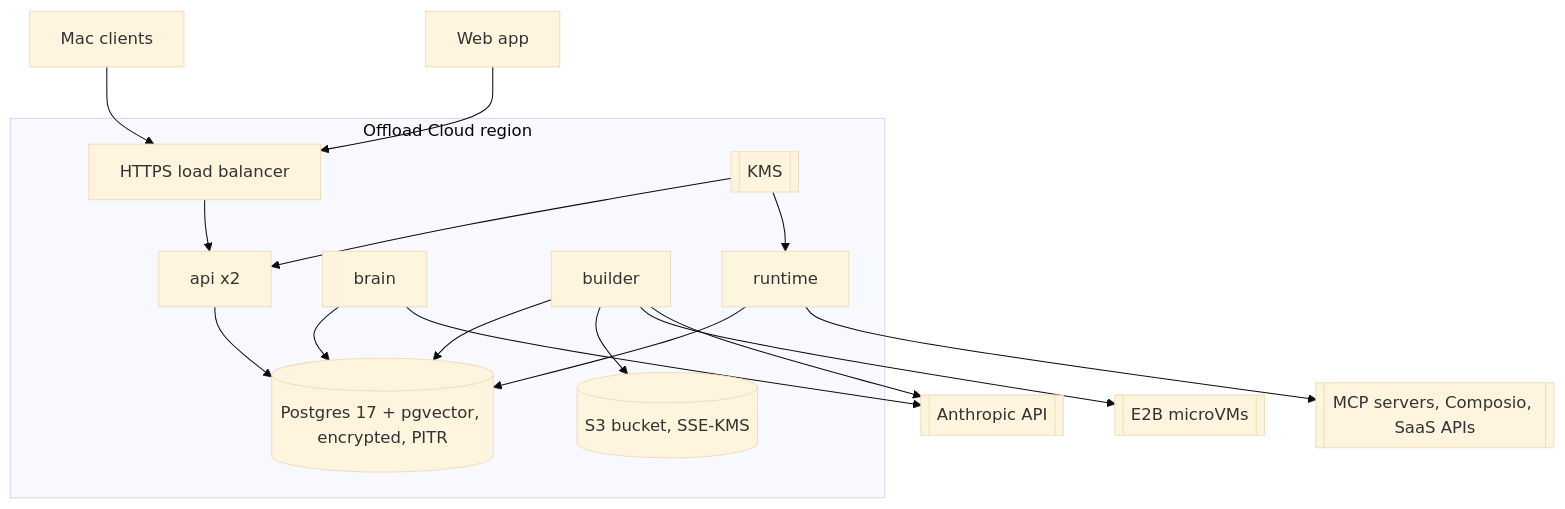
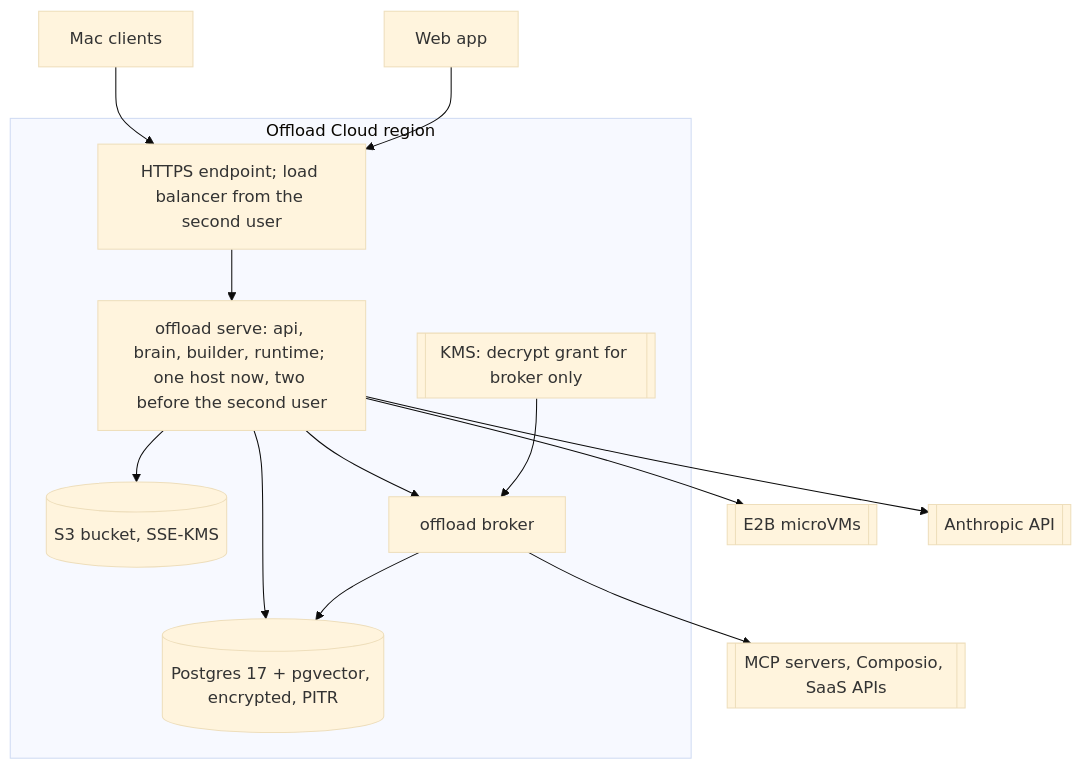
Diagram 18 of 21 in docs/ARCHITECTURE.md (tabani-png/offload-v2), drawn with Mermaid (base theme) before and after one commit. The commit also changed other lines of this file and 11 other files, not shown here.

Commit message:
docs: architecture, data model, API, roadmap, open questions OQ-23 to OQ-26, glossary, README, agent rules (Claude Code standing rule)

````diff
--- a/docs/ARCHITECTURE.md
+++ b/docs/ARCHITECTURE.md
@@ -533,19 +781,16 @@
 ```mermaid
 flowchart TB
   subgraph cloud[Offload Cloud region]
-    LB[HTTPS load balancer] --> API1[api x2]
-    API1 --> PGM[(Postgres 17 + pgvector, encrypted, PITR)]
-    BR1[brain] --> PGM
-    BU1[builder] --> PGM
-    RT1[runtime] --> PGM
-    BU1 --> S3[(S3 bucket, SSE-KMS)]
-    KMS[[KMS]] --> API1
-    KMS --> RT1
+    LB[HTTPS endpoint; load balancer from the second user] --> SRV[offload serve: api, brain, builder, runtime; one host now, two before the second user]
+    SRV --> PGM[(Postgres 17 + pgvector, encrypted, PITR)]
+    SRV --> S3[(S3 bucket, SSE-KMS)]
+    SRV --> BRK[offload broker]
+    BRK --> PGM
+    KMS[[KMS: decrypt grant for broker only]] --> BRK
   end
-  BU1 --> E2B[[E2B microVMs]]
-  RT1 --> TOOLS[[MCP servers, Composio, SaaS APIs]]
-  BR1 --> ANT[[Anthropic API]]
-  BU1 --> ANT
+  SRV --> E2B[[E2B microVMs]]
+  BRK --> TOOLS[[MCP servers, Composio, SaaS APIs]]
+  SRV --> ANT[[Anthropic API]]
   MAC[Mac clients] --> LB
   WEB[Web app] --> LB
 ```
````
